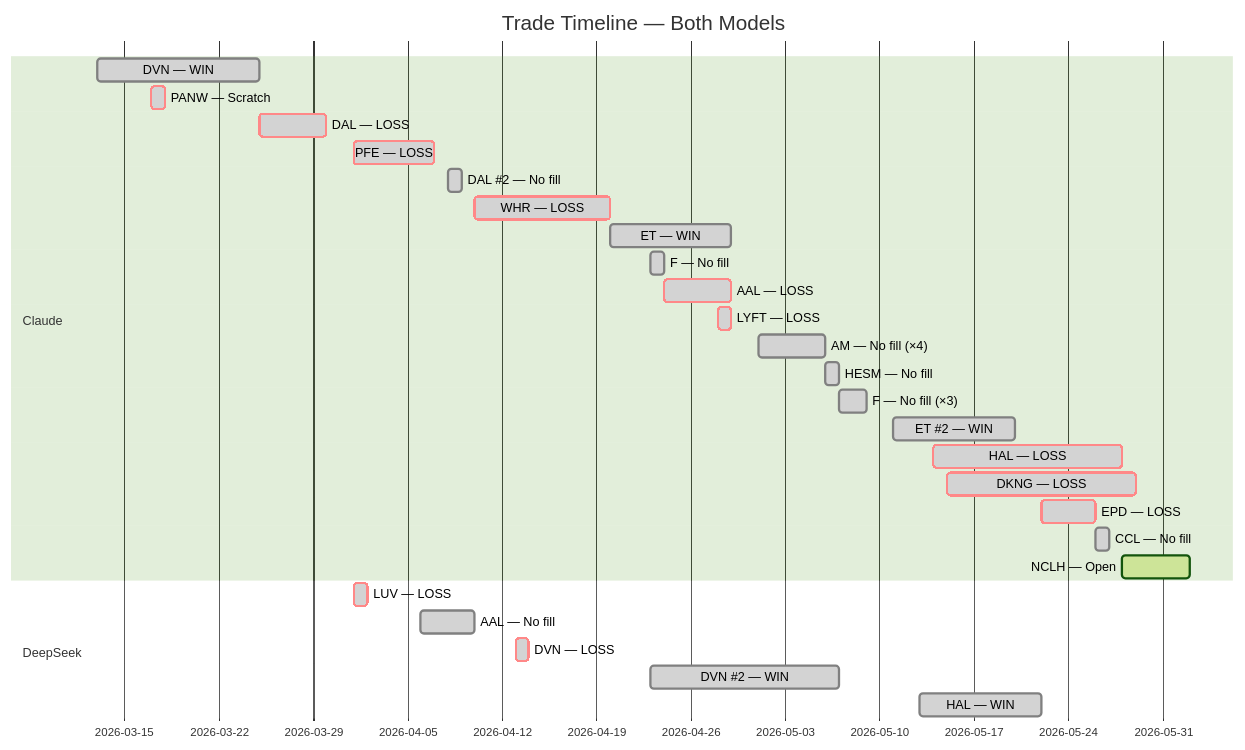
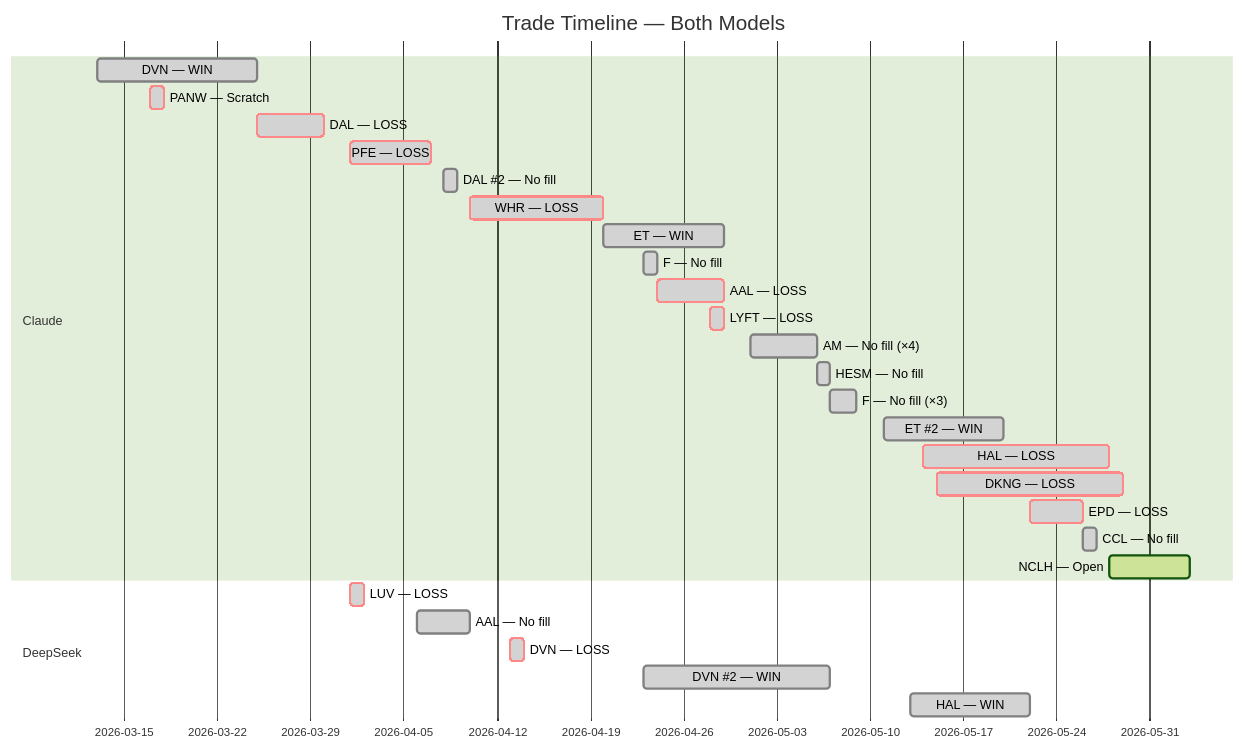
One commit to zachisit/ai-auto-buy-thesis changed the fifth of 5 diagrams in README.md. Above: the diagram before and after it, drawn with Mermaid (forest theme). The commit also changed other lines of this file and 2 other files, not shown here.

Commit message:
Update README and add session logs for 6/3 — NCLH Day 6 hold, VALE buy stop placed

````diff
--- a/README.md
+++ b/README.md
@@ -63,31 +63,31 @@
 ```mermaid
 gantt
     title Trade Timeline — Both Models
     dateFormat YYYY-MM-DD
     section Claude
     DVN — WIN            :done,    2026-03-13, 2026-03-25
     PANW — Scratch       :crit, done, 2026-03-17, 2026-03-18
     DAL — LOSS           :crit, done, 2026-03-25, 2026-03-30
     PFE — LOSS           :crit, done, 2026-04-01, 2026-04-07
     DAL #2 — No fill     :done,    2026-04-08, 2026-04-09
     WHR — LOSS           :crit, done, 2026-04-10, 2026-04-20
     ET — WIN             :done,    2026-04-20, 2026-04-29
     F — No fill          :done,    2026-04-23, 2026-04-24
     AAL — LOSS           :crit, done, 2026-04-24, 2026-04-29
     LYFT — LOSS          :crit, done, 2026-04-28, 2026-04-29
     AM — No fill (×4)    :done,    2026-05-01, 2026-05-06
     HESM — No fill       :done,    2026-05-06, 2026-05-07
     F — No fill (×3)     :done,    2026-05-07, 2026-05-09
     ET #2 — WIN          :done,    2026-05-11, 2026-05-20
     HAL — LOSS           :crit, done, 2026-05-14, 2026-05-28
     DKNG — LOSS          :crit, done, 2026-05-15, 2026-05-29
     EPD — LOSS           :crit, done, 2026-05-22, 2026-05-26
     CCL — No fill        :done,    2026-05-26, 2026-05-27
-    NCLH — Open          :active,  2026-05-28, 2026-06-02
+    NCLH — Open          :active,  2026-05-28, 2026-06-03
     section DeepSeek
     LUV — LOSS           :crit, done, 2026-04-01, 2026-04-02
     AAL — No fill        :done,    2026-04-06, 2026-04-10
     DVN — LOSS           :crit, done, 2026-04-13, 2026-04-14
     DVN #2 — WIN         :done,    2026-04-23, 2026-05-07
     HAL — WIN            :done,    2026-05-13, 2026-05-22
 ```
````
